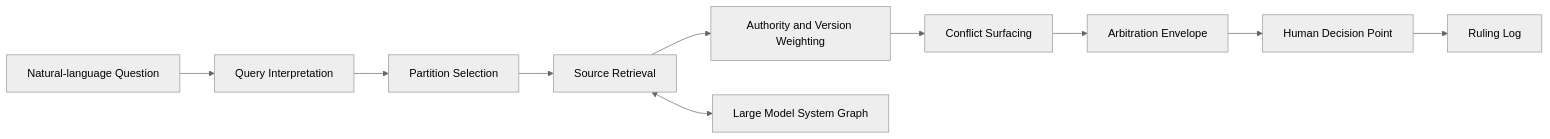
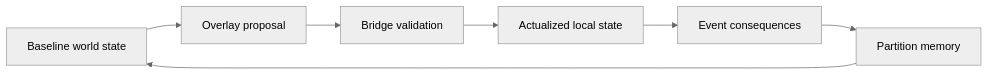
Before and after one commit to robert-kurcina/vault-age: the fourth of 6 diagrams in 00_Executive_and_Ontology/18_AGE_Aggregated_White_Papers.md, drawn with Mermaid (neutral theme). The commit also changed other lines of this file and 21 other files, not shown here.

````diff
--- a/00_Executive_and_Ontology/18_AGE_Aggregated_White_Papers.md
+++ b/00_Executive_and_Ontology/18_AGE_Aggregated_White_Papers.md
@@ -352,12 +481,9 @@
 ```mermaid
 flowchart LR
-    Q[Natural-language Question] --> I[Query Interpretation]
-    I --> P[Partition Selection]
-    P --> R[Source Retrieval]
-    R --> W[Authority and Version Weighting]
-    W --> C[Conflict Surfacing]
-    C --> E[Arbitration Envelope]
-    E --> H[Human Decision Point]
-    H --> L[Ruling Log]
-    R <--> G[Large Model System Graph]
+    Baseline[Baseline world state] --> Overlay[Overlay proposal]
+    Overlay --> Bridge[Bridge validation]
+    Bridge --> Actualize[Actualized local state]
+    Actualize --> Events[Event consequences]
+    Events --> Memory[Partition memory]
+    Memory --> Baseline
 ```
````
